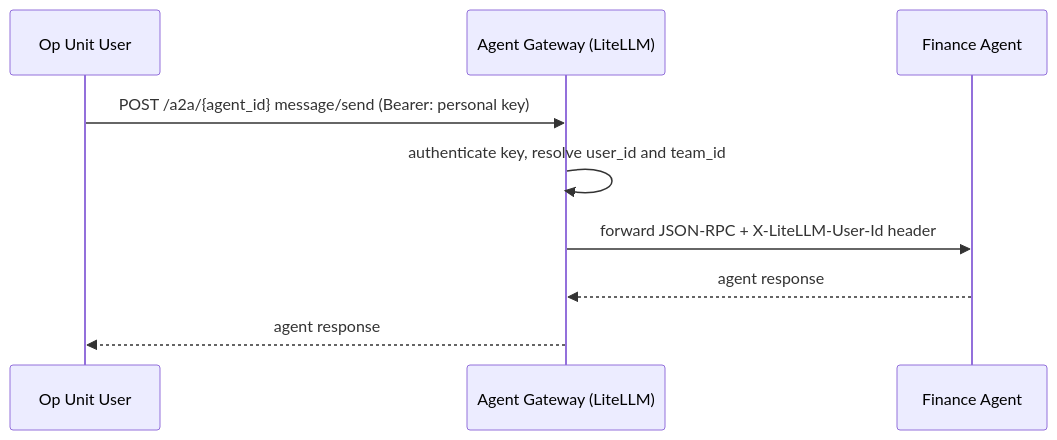
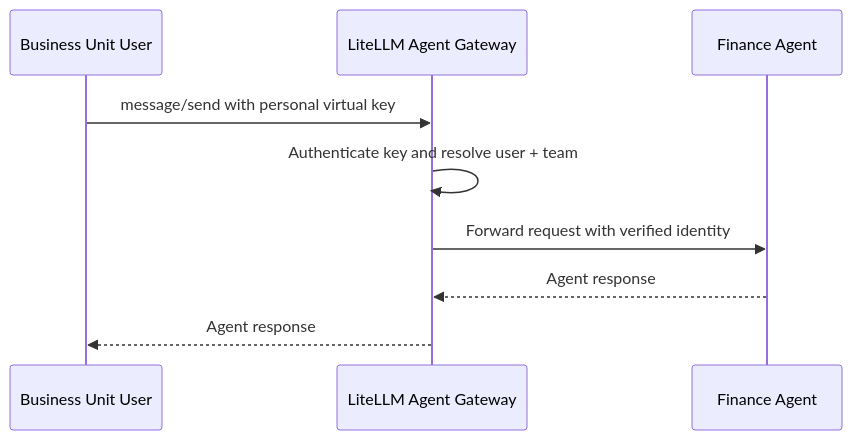
One commit to BerriAI/litellm-docs changed the second of 3 diagrams in blog/ai_gateway_identity_and_finops/index.md. Above: the diagram before and after it, drawn with Mermaid. The commit also changed other lines of this file, not shown here.

Commit message:
Rewrite shared agent identity and FinOps blog for customers

````diff
--- a/blog/ai_gateway_identity_and_finops/index.md
+++ b/blog/ai_gateway_identity_and_finops/index.md
@@ -49,12 +62,12 @@
 ```mermaid
 sequenceDiagram
-    participant U as Op Unit User
-    participant AG as Agent Gateway (LiteLLM)
+    participant U as Business Unit User
+    participant AG as LiteLLM Agent Gateway
     participant FA as Finance Agent
 
-    U->>AG: POST /a2a/{agent_id} message/send (Bearer: personal key)
-    AG->>AG: authenticate key, resolve user_id and team_id
-    AG->>FA: forward JSON-RPC + X-LiteLLM-User-Id header
-    FA-->>AG: agent response
-    AG-->>U: agent response
+    U->>AG: message/send with personal virtual key
+    AG->>AG: Authenticate key and resolve user + team
+    AG->>FA: Forward request with verified identity
+    FA-->>AG: Agent response
+    AG-->>U: Agent response
 ```
````
